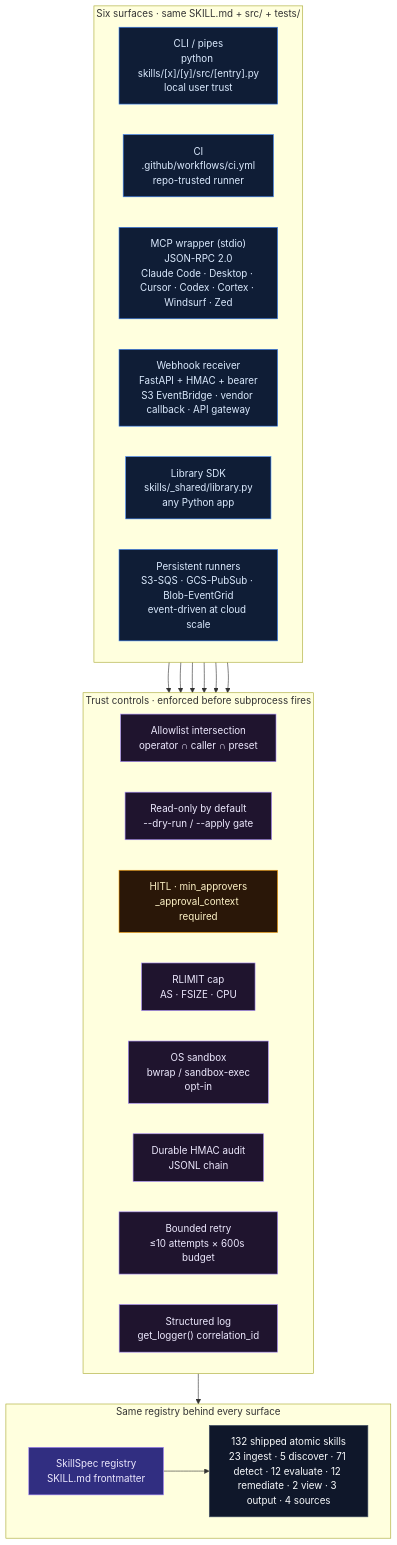
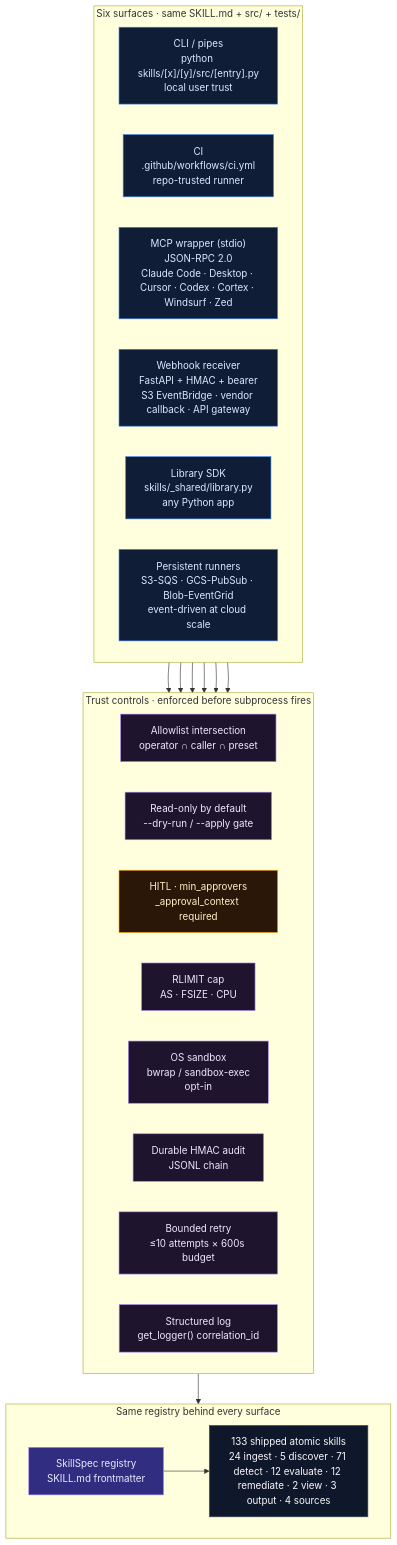
One commit to msaad00/cloud-ai-security-skills changed the diagram in docs/diagrams/surface-comparison.mmd. Above: the diagram before and after it, drawn with Mermaid. The commit also changed 40 other files, not shown here.

```diff
--- a/docs/diagrams/surface-comparison.mmd
+++ b/docs/diagrams/surface-comparison.mmd
@@ -1,48 +1,48 @@
 %% Surface comparison — six shipped surfaces with the same skill bundle
 %% behind every one. Each surface adds its own transport + auth +
 %% guardrail layer; every column converges at the SkillSpec registry
 %% and the 120 atomic skills below it.
 flowchart TD
   classDef surface fill:#0f1d36,stroke:#3b82f6,color:#dbeafe
   classDef control fill:#1f142e,stroke:#a78bfa,color:#ede9fe
   classDef registry fill:#312e81,stroke:#a78bfa,color:#ede9fe
   classDef skills fill:#0f172a,stroke:#475569,color:#f8fafc
   classDef gate fill:#2a1708,stroke:#f59e0b,color:#fef3c7
 
   subgraph SURFACES["Six surfaces · same SKILL.md + src/ + tests/"]
     direction LR
     cli["CLI / pipes<br/>python skills/[x]/[y]/src/[entry].py<br/>local user trust"]:::surface
     ci["CI<br/>.github/workflows/ci.yml<br/>repo-trusted runner"]:::surface
     mcp["MCP wrapper (stdio)<br/>JSON-RPC 2.0<br/>Claude Code · Desktop · Cursor · Codex · Cortex · Windsurf · Zed"]:::surface
     web["Webhook receiver<br/>FastAPI + HMAC + bearer<br/>S3 EventBridge · vendor callback · API gateway"]:::surface
     lib["Library SDK<br/>skills/_shared/library.py<br/>any Python app"]:::surface
     runners["Persistent runners<br/>S3-SQS · GCS-PubSub · Blob-EventGrid<br/>event-driven at cloud scale"]:::surface
   end
 
   subgraph CONTROLS["Trust controls · enforced before subprocess fires"]
     direction LR
     allow["Allowlist intersection<br/>operator ∩ caller ∩ preset"]:::control
     safewrite["Read-only by default<br/>--dry-run / --apply gate"]:::control
     hitl["HITL · min_approvers<br/>_approval_context required"]:::gate
     rlimit["RLIMIT cap<br/>AS · FSIZE · CPU"]:::control
     sandbox["OS sandbox<br/>bwrap / sandbox-exec<br/>opt-in"]:::control
     audit["Durable HMAC audit<br/>JSONL chain"]:::control
     retry["Bounded retry<br/>≤10 attempts × 600s budget"]:::control
     log["Structured log<br/>get_logger() correlation_id"]:::control
   end
 
   subgraph CORE["Same registry behind every surface"]
     direction LR
     registry["SkillSpec registry<br/>SKILL.md frontmatter"]:::registry
-    skills79["132 shipped atomic skills<br/>23 ingest · 5 discover · 71 detect · 12 evaluate · 12 remediate · 2 view · 3 output · 4 sources"]:::skills
+    skills79["133 shipped atomic skills<br/>24 ingest · 5 discover · 71 detect · 12 evaluate · 12 remediate · 2 view · 3 output · 4 sources"]:::skills
   end
 
   cli --> CONTROLS
   ci --> CONTROLS
   mcp --> CONTROLS
   web --> CONTROLS
   lib --> CONTROLS
   runners --> CONTROLS
 
   CONTROLS --> registry
   registry --> skills79
```
